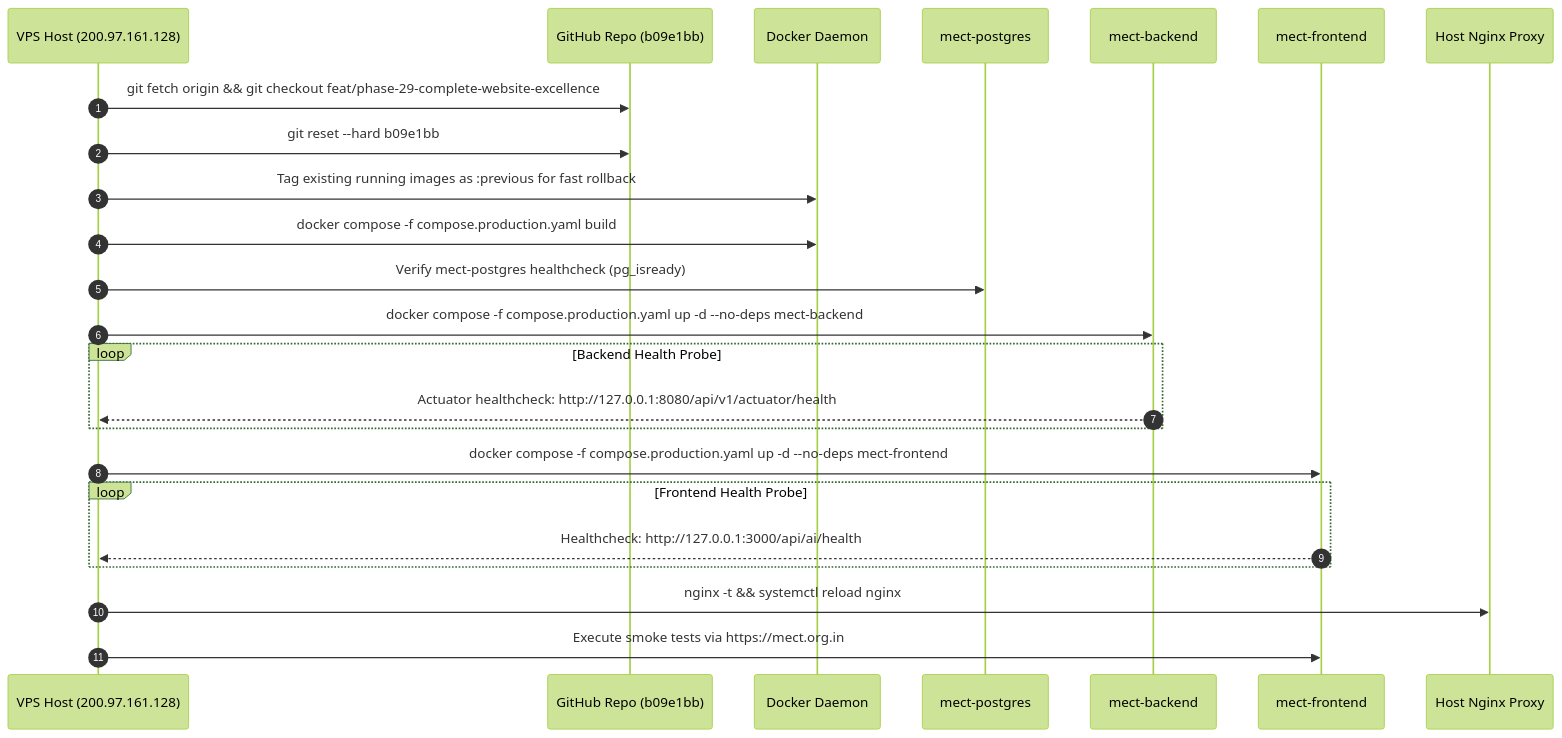
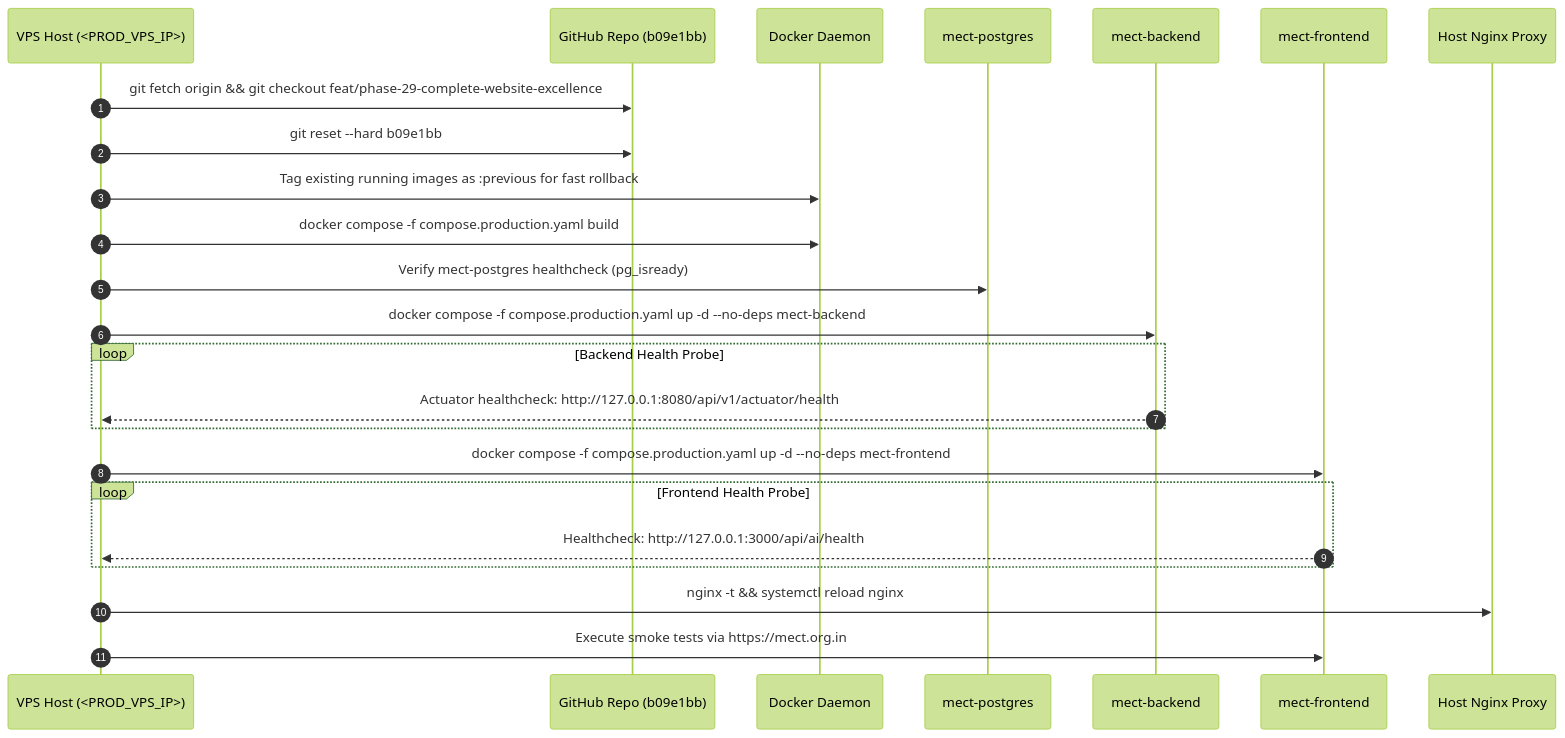
One commit to Himansu-Nayak/MECT changed the diagram in MECT_PHASE_29_4_DEPLOYMENT_EXECUTION_REPORT.md. Above: the diagram before and after it, drawn with Mermaid (forest theme). The commit also changed other lines of this file and 208 other files, not shown here.

````diff
--- a/MECT_PHASE_29_4_DEPLOYMENT_EXECUTION_REPORT.md
+++ b/MECT_PHASE_29_4_DEPLOYMENT_EXECUTION_REPORT.md
@@ -29,27 +29,27 @@
 ```mermaid
 sequenceDiagram
     autonumber
-    participant Host as VPS Host (200.97.161.128)
+    participant Host as VPS Host (<PROD_VPS_IP>)
     participant Git as GitHub Repo (b09e1bb)
     participant Docker as Docker Daemon
     participant PG as mect-postgres
     participant Backend as mect-backend
     participant Frontend as mect-frontend
     participant Nginx as Host Nginx Proxy
 
     Host->>Git: git fetch origin && git checkout feat/phase-29-complete-website-excellence
     Host->>Git: git reset --hard b09e1bb
     Host->>Docker: Tag existing running images as :previous for fast rollback
     Host->>Docker: docker compose -f compose.production.yaml build
     Host->>PG: Verify mect-postgres healthcheck (pg_isready)
     Host->>Backend: docker compose -f compose.production.yaml up -d --no-deps mect-backend
     loop Backend Health Probe
         Backend-->>Host: Actuator healthcheck: http://127.0.0.1:8080/api/v1/actuator/health
     end
     Host->>Frontend: docker compose -f compose.production.yaml up -d --no-deps mect-frontend
     loop Frontend Health Probe
         Frontend-->>Host: Healthcheck: http://127.0.0.1:3000/api/ai/health
     end
     Host->>Nginx: nginx -t && systemctl reload nginx
     Host->>Frontend: Execute smoke tests via https://mect.org.in
 ```
````
